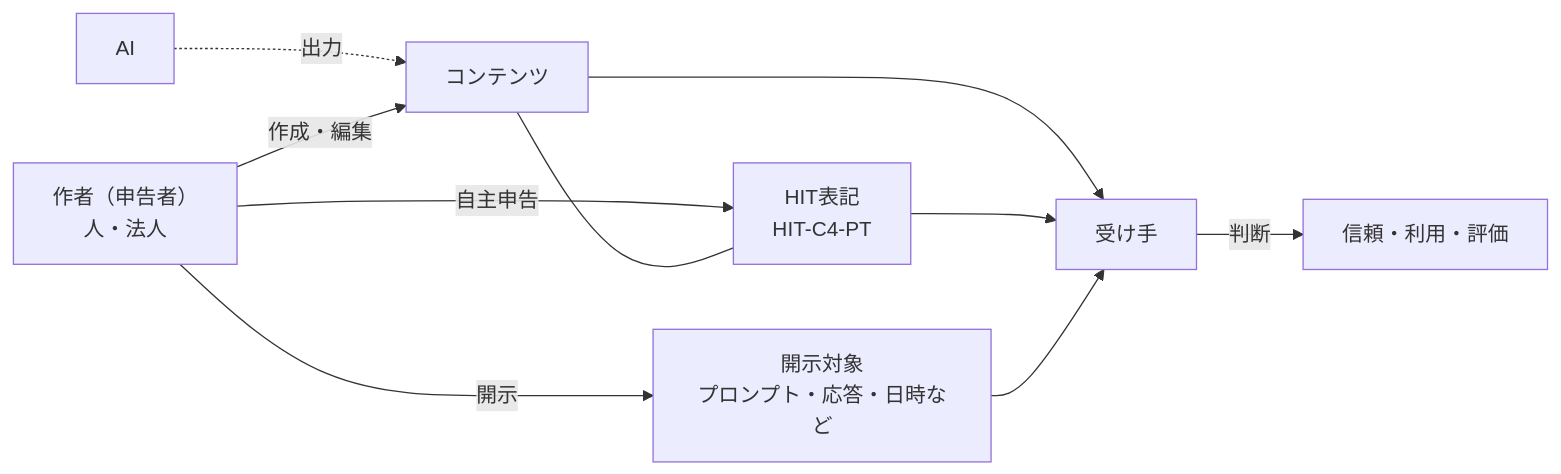
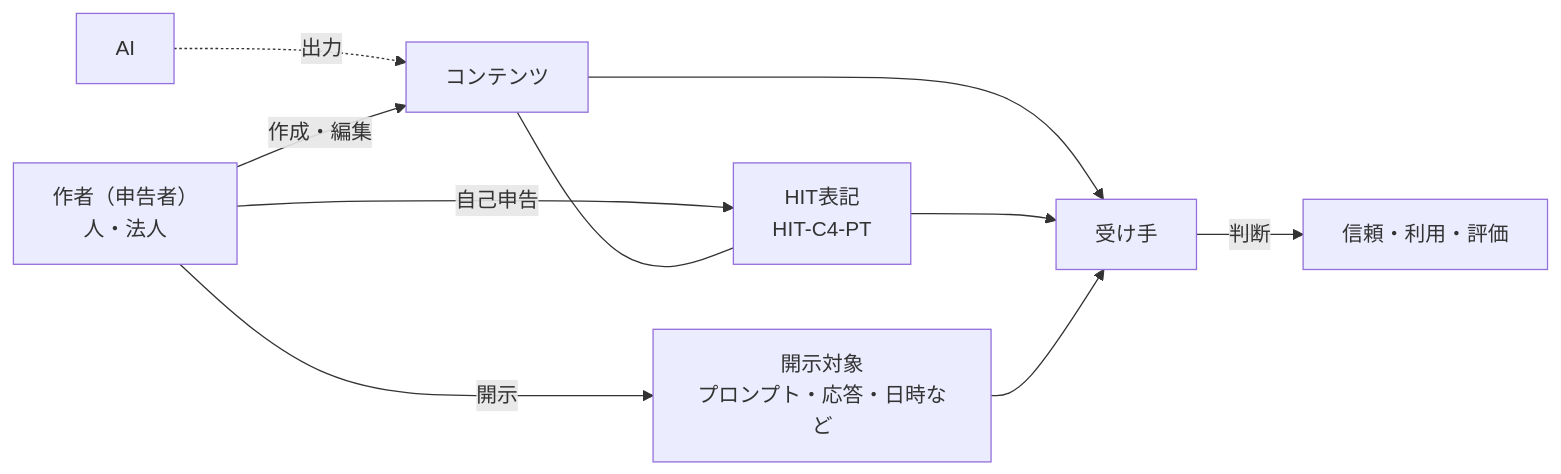
The first of 3 diagrams in docs/ja/index.md (hit-annotation/spec), drawn with Mermaid before and after one commit. The commit also changed other lines of this file and 7 other files, not shown here.

````diff
--- a/docs/ja/index.md
+++ b/docs/ja/index.md
@@ -52,12 +58,12 @@
 ```mermaid
 flowchart LR
     AI["AI"] -. "出力" .-> C["コンテンツ"]
     P["作者（申告者）<br>人・法人"] -- "作成・編集" --> C
-    P -- "自主申告" --> L["HIT表記<br>HIT-C4-PT"]
+    P -- "自己申告" --> L["HIT表記<br>HIT-C4-PT"]
     P -- "開示" --> D["開示対象<br>プロンプト・応答・日時など"]
     C --- L
     C --> R["受け手"]
     L --> R
     D --> R
     R -- "判断" --> E["信頼・利用・評価"]
 ```
````
